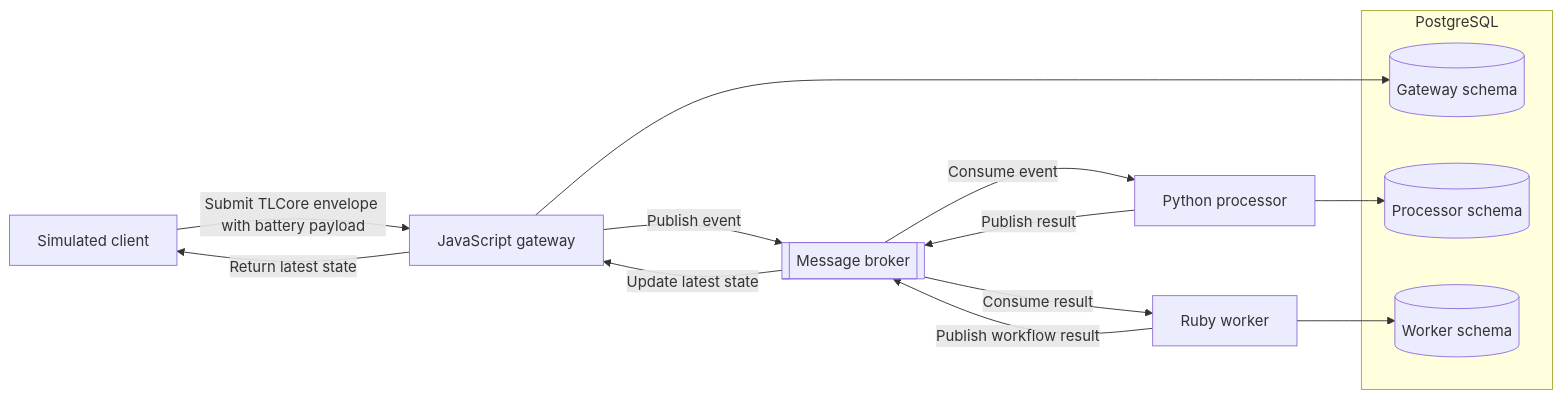
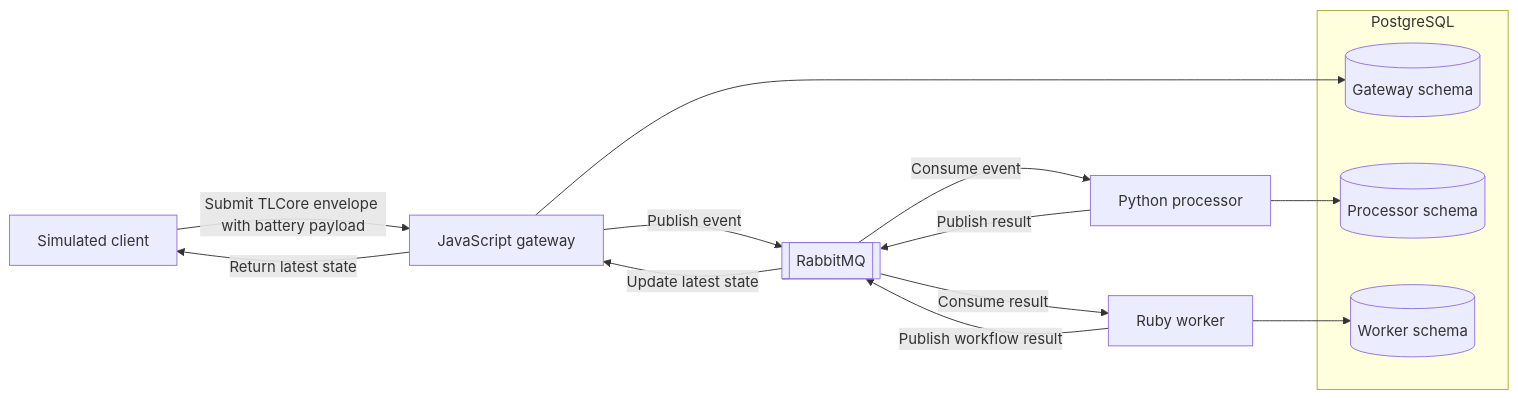
One commit to TraiLynneCore/tlcore changed the diagram in docs/architecture/SYSTEM_OVERVIEW.md. Above: the diagram before and after it, drawn with Mermaid. The commit also changed other lines of this file and 2 other files, not shown here.

Commit message:
docs(adr): record RabbitMQ broker decision

````diff
--- a/docs/architecture/SYSTEM_OVERVIEW.md
+++ b/docs/architecture/SYSTEM_OVERVIEW.md
@@ -11,27 +11,27 @@
 ```mermaid
 flowchart LR
     Client[Simulated client]
     Gateway[JavaScript gateway]
-    Broker[[Message broker]]
+    Broker[[RabbitMQ]]
     Processor[Python processor]
     Worker[Ruby worker]
 
     subgraph Database[PostgreSQL]
         GatewayData[(Gateway schema)]
         ProcessorData[(Processor schema)]
         WorkerData[(Worker schema)]
     end
 
     Client -->|Submit TLCore envelope with battery payload| Gateway
     Gateway -->|Publish event| Broker
     Broker -->|Consume event| Processor
     Processor -->|Publish result| Broker
     Broker -->|Consume result| Worker
     Worker -->|Publish workflow result| Broker
     Broker -->|Update latest state| Gateway
     Gateway -->|Return latest state| Client
 
     Gateway --> GatewayData
     Processor --> ProcessorData
     Worker --> WorkerData
 ```
````
